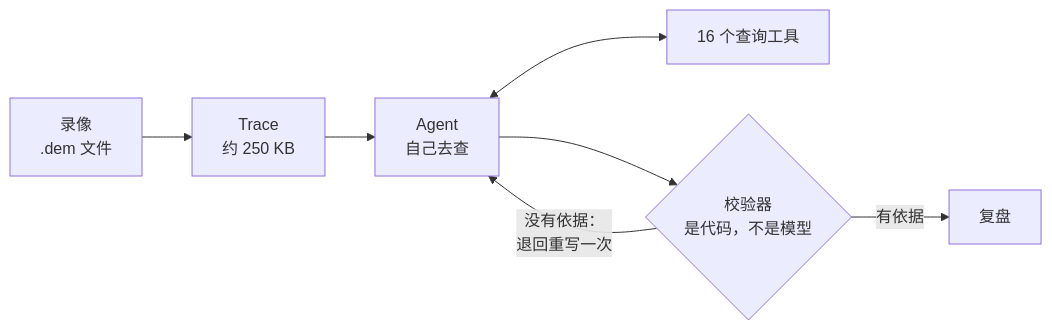
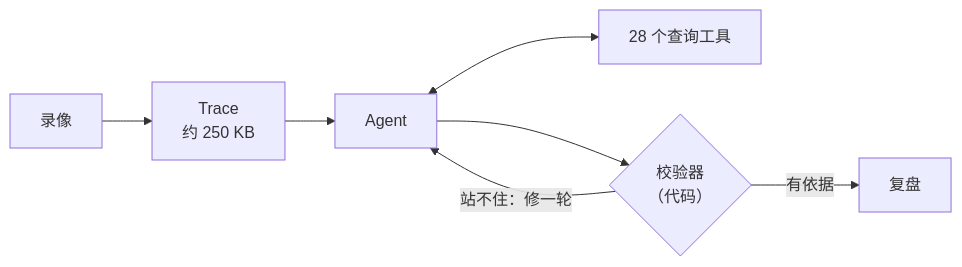
The diagram in README.zh-CN.md (qianhaoq/dota2.ai), drawn with Mermaid before and after one commit. The commit also changed other lines of this file and 7 other files, not shown here.

````diff
--- a/README.zh-CN.md
+++ b/README.zh-CN.md
@@ -57,9 +101,9 @@
 ```mermaid
 flowchart LR
-    R["录像<br/>.dem 文件"] --> T["Trace<br/>约 250 KB"]
-    T --> A["Agent<br/>自己去查"]
-    A <--> L["16 个查询工具"]
-    A --> V{"校验器<br/>是代码，不是模型"}
-    V -- "没有依据：<br/>退回重写一次" --> A
+    R["录像"] --> T["Trace<br/>约 250 KB"]
+    T --> A["Agent"]
+    A <--> L["28 个查询工具"]
+    A --> V{"校验器<br/>（代码）"}
+    V -- "站不住：修一轮" --> A
     V -- "有依据" --> D["复盘"]
 ```
````
